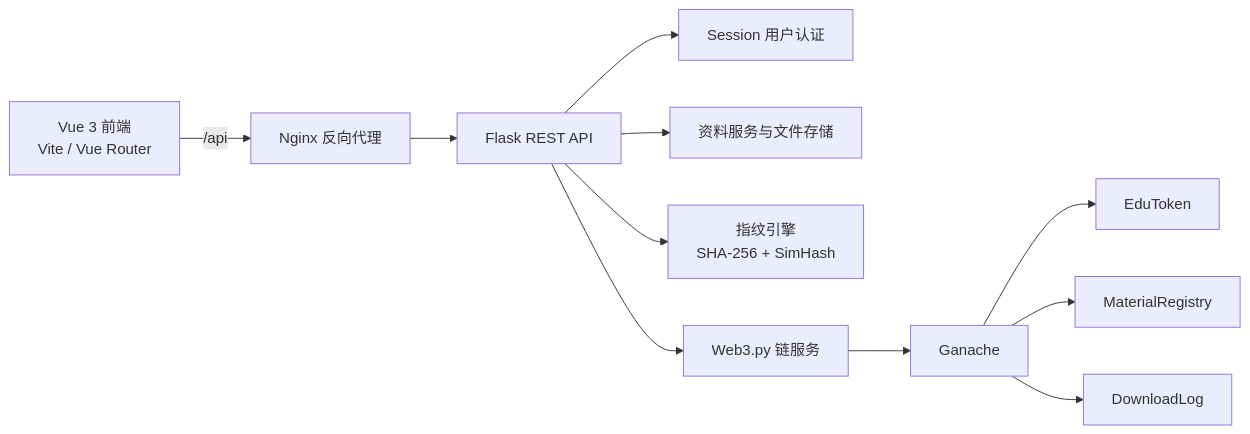
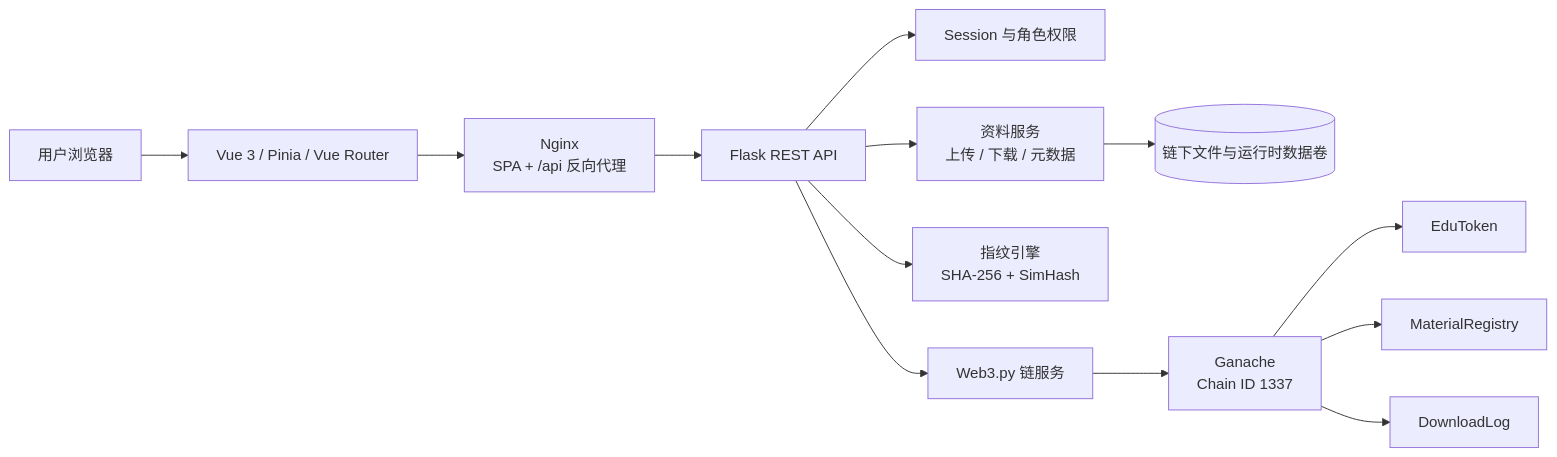
One commit to ChunJiangWuYueMing/EduChain changed the diagram in README.md. Above: the diagram before and after it, drawn with Mermaid. The commit also changed other lines of this file, not shown here.

````diff
--- a/README.md
+++ b/README.md
@@ -52,13 +126,17 @@
 ```mermaid
 flowchart LR
-    A["Vue 3 前端<br/>Vite / Vue Router"] -->|"/api"| B["Nginx 反向代理"]
-    B --> C["Flask REST API"]
-    C --> D["Session 用户认证"]
-    C --> E["资料服务与文件存储"]
-    C --> F["指纹引擎<br/>SHA-256 + SimHash"]
-    C --> G["Web3.py 链服务"]
-    G --> H["Ganache"]
-    H --> I["EduToken"]
-    H --> J["MaterialRegistry"]
-    H --> K["DownloadLog"]
+    U["用户浏览器"] --> V["Vue 3 / Pinia / Vue Router"]
+    V --> N["Nginx<br/>SPA + /api 反向代理"]
+    N --> F["Flask REST API"]
+
+    F --> A["Session 与角色权限"]
+    F --> M["资料服务<br/>上传 / 下载 / 元数据"]
+    F --> P["指纹引擎<br/>SHA-256 + SimHash"]
+    F --> W["Web3.py 链服务"]
+
+    M --> S[("链下文件与运行时数据卷")]
+    W --> G["Ganache<br/>Chain ID 1337"]
+    G --> T["EduToken"]
+    G --> R["MaterialRegistry"]
+    G --> L["DownloadLog"]
 ```
````
